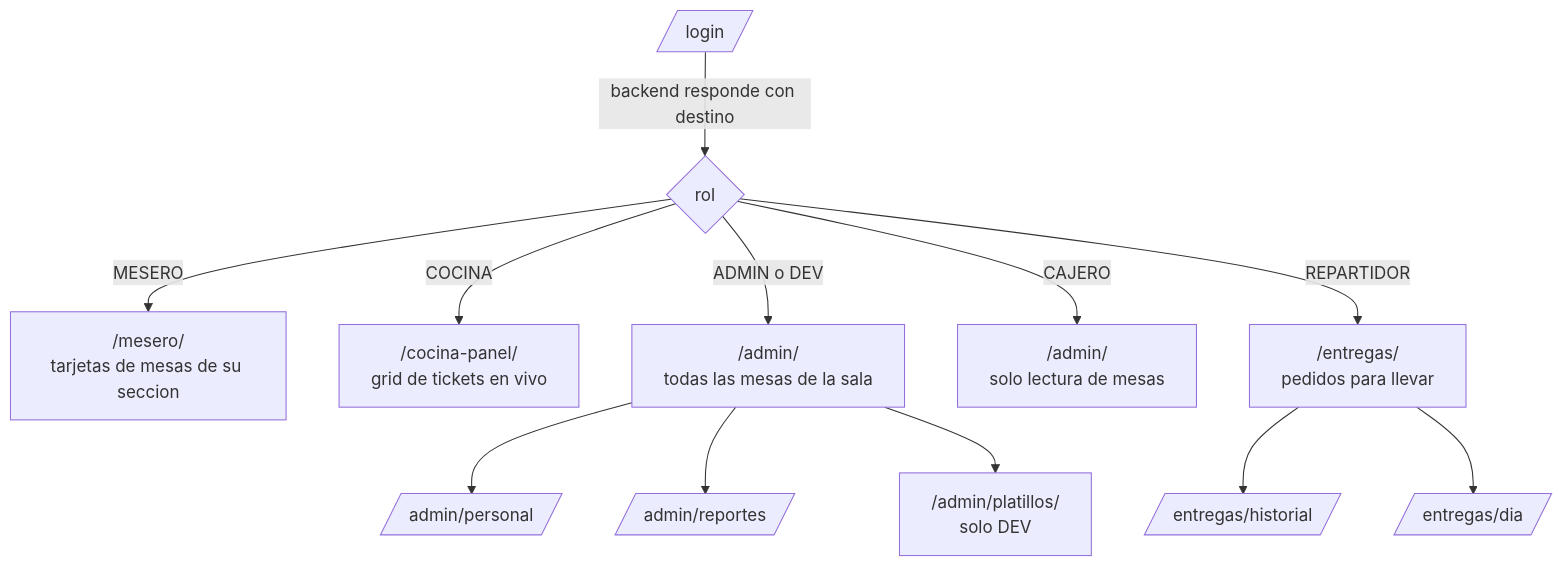
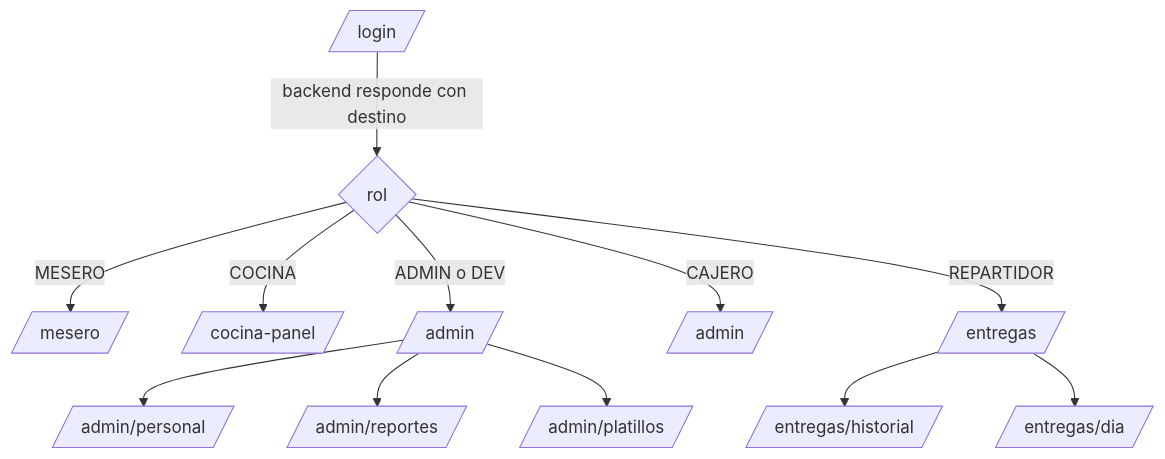
The first of 2 diagrams in README.md (davidpp09/RestFoodF), drawn with Mermaid before and after one commit. The commit also changed other lines of this file, not shown here.

````diff
--- a/README.md
+++ b/README.md
@@ -80,15 +80,15 @@
 ```mermaid
 flowchart TD
     Login[/login/] -->|backend responde con destino| Decide{rol}
-    Decide -->|MESERO| Mesero["/mesero/<br/>tarjetas de mesas de su seccion"]
-    Decide -->|COCINA| Cocina["/cocina-panel/<br/>grid de tickets en vivo"]
-    Decide -->|ADMIN o DEV| Admin["/admin/<br/>todas las mesas de la sala"]
-    Decide -->|CAJERO| AdminCajero["/admin/<br/>solo lectura de mesas"]
-    Decide -->|REPARTIDOR| Entregas["/entregas/<br/>pedidos para llevar"]
+    Decide -->|MESERO| Mesero[/mesero/]
+    Decide -->|COCINA| Cocina[/cocina-panel/]
+    Decide -->|ADMIN o DEV| Admin[/admin/]
+    Decide -->|CAJERO| AdminCajero[/admin/]
+    Decide -->|REPARTIDOR| Entregas[/entregas/]
 
     Admin --> Personal[/admin/personal/]
     Admin --> Reportes[/admin/reportes/]
-    Admin --> Platillos["/admin/platillos/<br/>solo DEV"]
+    Admin --> Platillos[/admin/platillos/]
     Entregas --> Historial[/entregas/historial/]
     Entregas --> Dia[/entregas/dia/]
 ```
````
